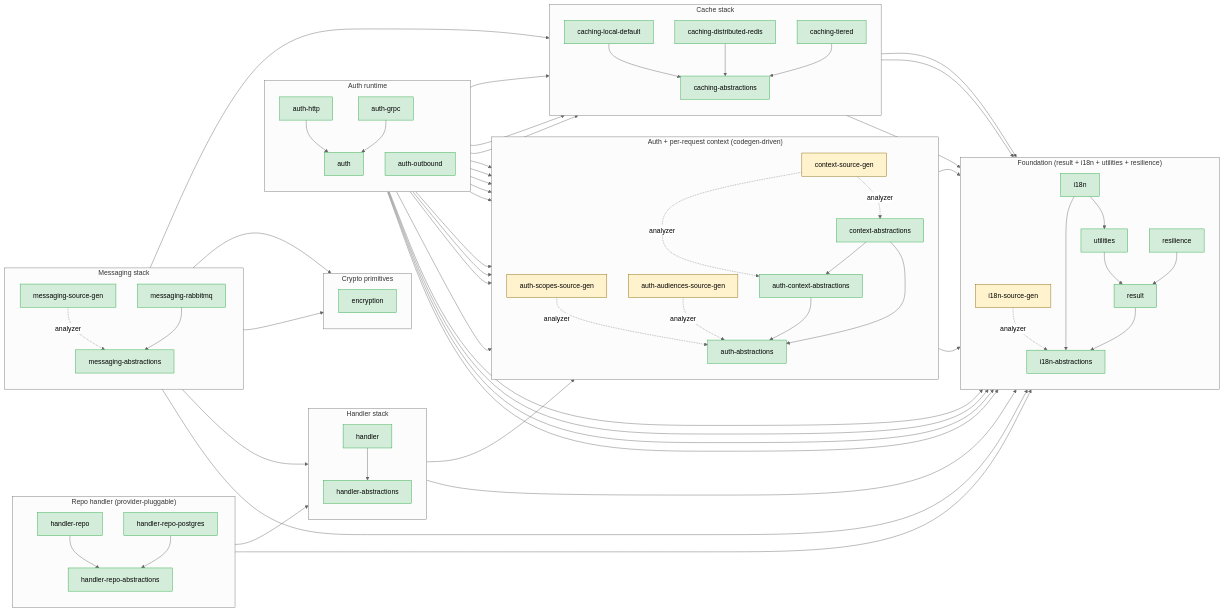
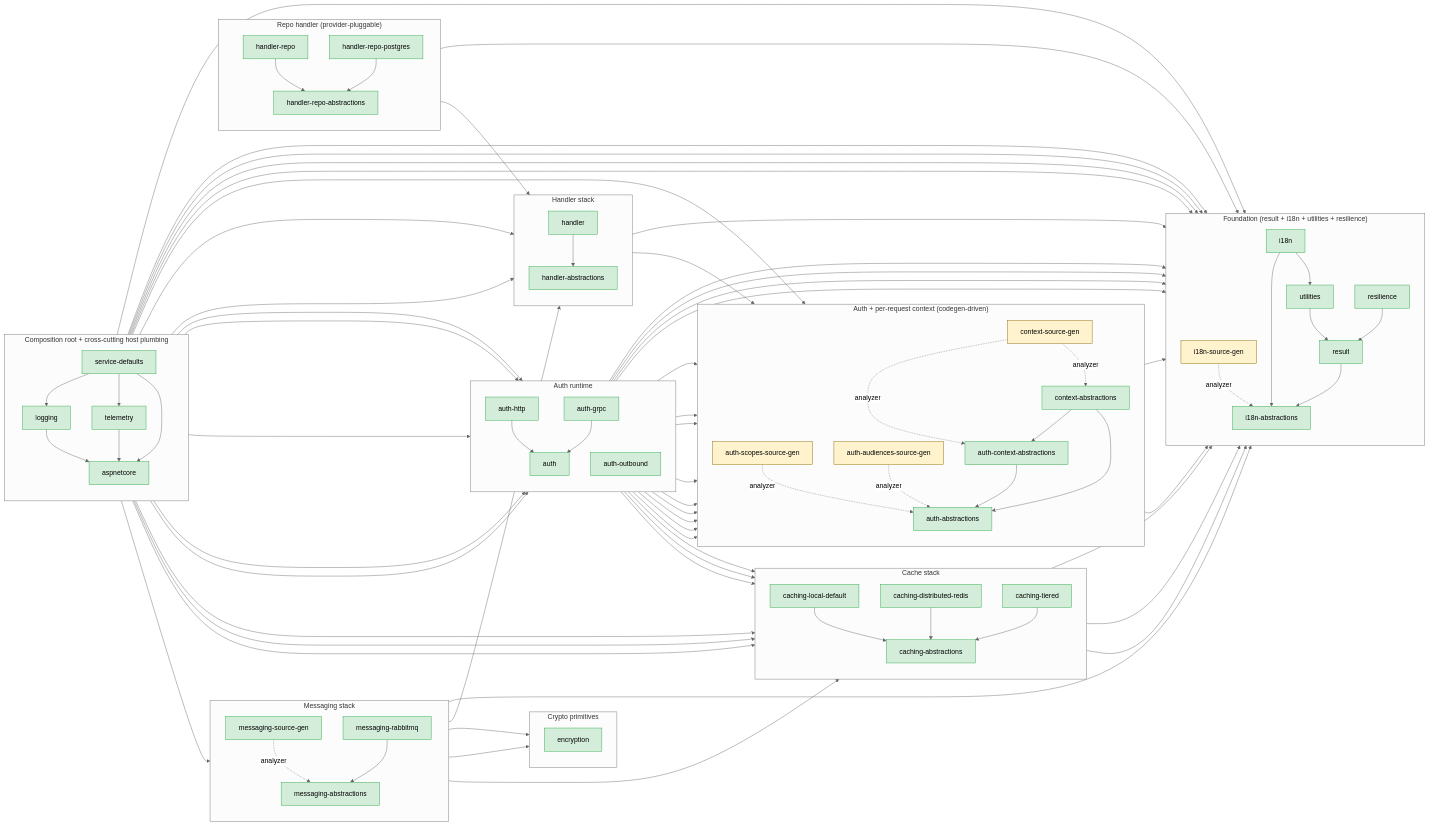
The diagram in server/shared/dotnet/README.md (DSCV-io/D2-WORX), drawn with Mermaid (neutral theme) before and after one commit. The commit also changed other lines of this file and 156 other files, not shown here.

````diff
--- a/server/shared/dotnet/README.md
+++ b/server/shared/dotnet/README.md
@@ -168,6 +171,20 @@
         MsgRabbit --> MsgAbs
     end
 
+    subgraph COMPOSITION["Composition root + cross-cutting host plumbing"]
+        direction TB
+        AspNetCore[aspnetcore]
+        Logging[logging]
+        Telemetry[telemetry]
+        ServiceDefaults[service-defaults]
+
+        Logging --> AspNetCore
+        Telemetry --> AspNetCore
+        ServiceDefaults --> AspNetCore
+        ServiceDefaults --> Logging
+        ServiceDefaults --> Telemetry
+    end
+
     %% Cross-subgraph dependencies (only direct refs that aren't transitively
     %% implied by an intra-subgraph path).
     CtxAbs --> Utilities
@@ -190,6 +207,23 @@
     MsgRabbit --> Encryption
     MsgRabbit --> CacheAbs
     MsgRabbit --> Resilience
+    AspNetCore --> Utilities
+    Logging --> Utilities
+    Logging --> CtxAbs
+    Telemetry --> Utilities
+    Telemetry --> Handler
+    Telemetry --> Auth
+    Telemetry --> AuthOutbound
+    Telemetry --> MsgRabbit
+    Telemetry --> CacheRedis
+    Telemetry --> CacheLocal
+    ServiceDefaults --> I18n
+    ServiceDefaults --> Handler
+    ServiceDefaults --> Auth
+    ServiceDefaults --> AuthHttp
+    ServiceDefaults --> AuthGrpc
+    ServiceDefaults --> CacheLocal
+    ServiceDefaults --> Utilities
 
-    class I18nAbs,I18n,Result,Utilities,Resilience,AuthAbs,AuthCtxAbs,CtxAbs,HandlerAbs,Handler,RepoAbs,Repo,RepoPg,Encryption,CacheAbs,CacheLocal,CacheRedis,CacheTiered,Auth,AuthHttp,AuthGrpc,AuthOutbound,MsgAbs,MsgRabbit,MsgSrcGen built
+    class I18nAbs,I18n,Result,Utilities,Resilience,AuthAbs,AuthCtxAbs,CtxAbs,HandlerAbs,Handler,RepoAbs,Repo,RepoPg,Encryption,CacheAbs,CacheLocal,CacheRedis,CacheTiered,Auth,AuthHttp,AuthGrpc,AuthOutbound,MsgAbs,MsgRabbit,MsgSrcGen,AspNetCore,Logging,Telemetry,ServiceDefaults built
 ```
````
